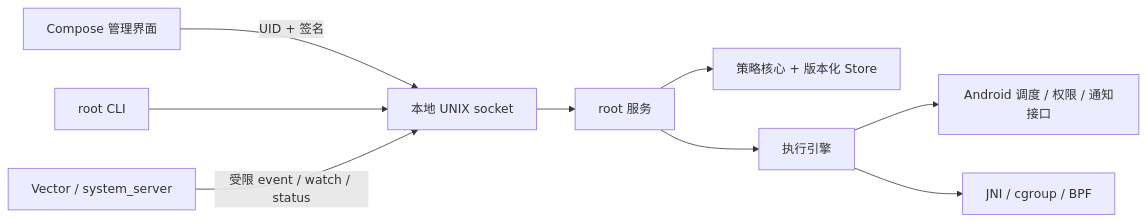
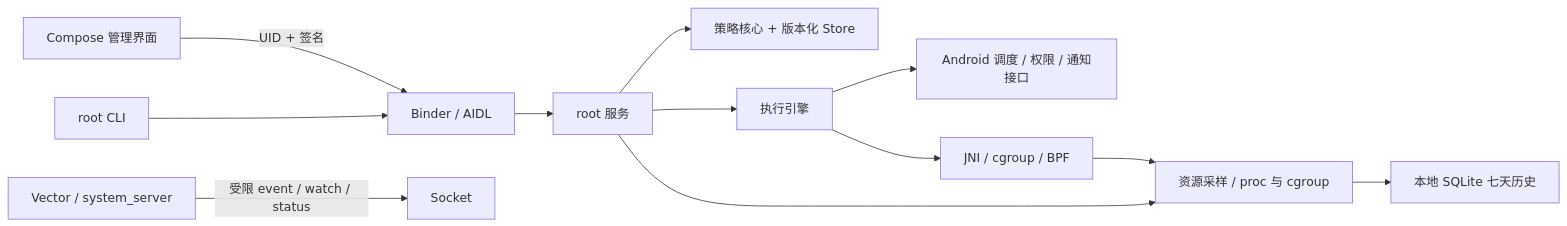
One commit to wangtong10086/qixu changed the diagram in docs/architecture.md. Above: the diagram before and after it, drawn with Mermaid. The commit also changed other lines of this file and 75 other files, not shown here.

````diff
--- a/docs/architecture.md
+++ b/docs/architecture.md
@@ -3,11 +3,14 @@
 ```mermaid
 flowchart LR
-  UI[Compose 管理界面] -->|UID + 签名| Socket[本地 UNIX socket]
-  CLI[root CLI] --> Socket
+  UI[Compose 管理界面] -->|UID + 签名| IPC[Binder / AIDL]
+  CLI[root CLI] --> IPC
   Hook[Vector / system_server] -->|受限 event / watch / status| Socket
-  Socket --> Daemon[root 服务]
+  IPC --> Daemon[root 服务]
   Daemon --> Policy[策略核心 + 版本化 Store]
   Daemon --> Runtime[执行引擎]
   Runtime --> Android[Android 调度 / 权限 / 通知接口]
   Runtime --> Native[JNI / cgroup / BPF]
+  Daemon --> Monitor[资源采样 / proc 与 cgroup]
+  Monitor --> History[本地 SQLite 七天历史]
+  Native --> Monitor
 ```
````
